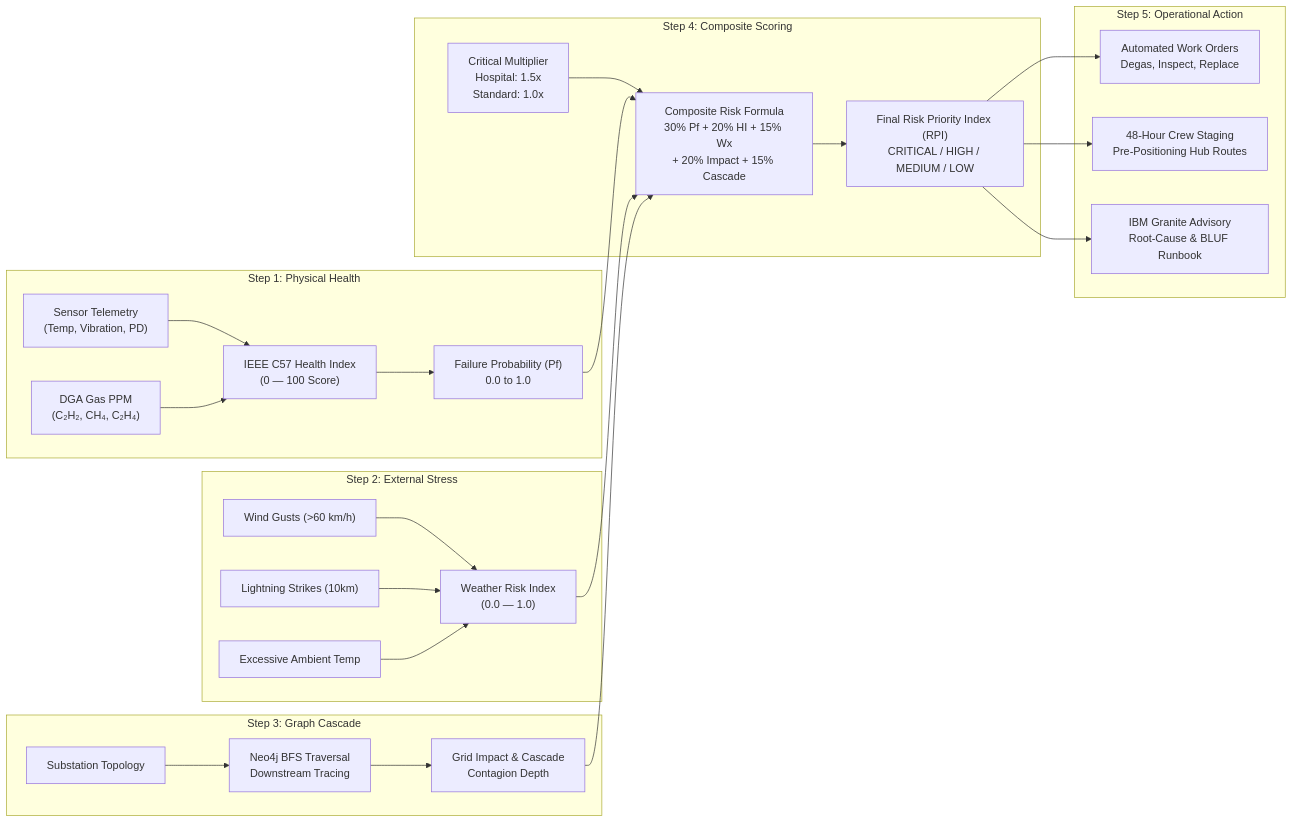
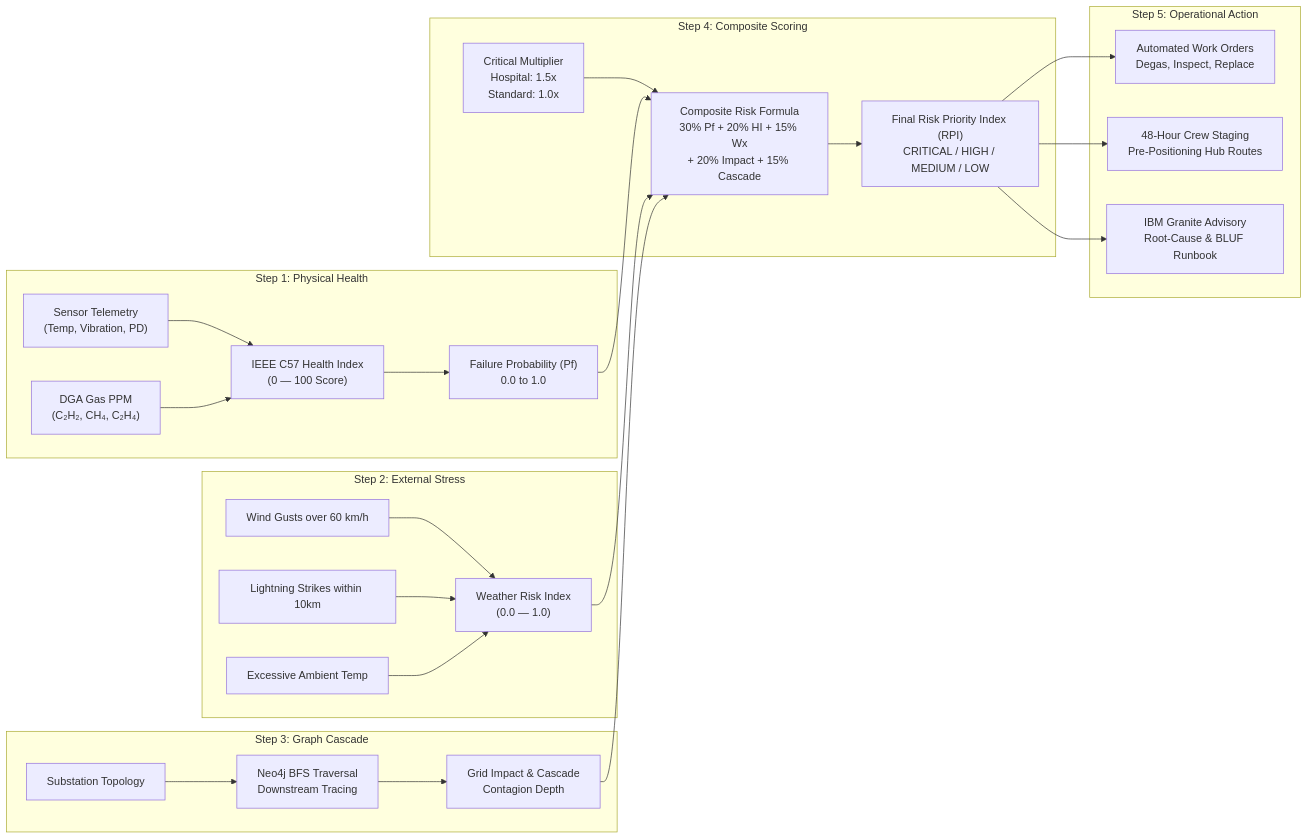
One commit to ThummarDarshan/bob-ai-hackathon-Eat-Code-Sleep changed the second of 3 diagrams in docs/architecture.md. Above: the diagram before and after it, drawn with Mermaid. The commit also changed other lines of this file, not shown here.

Commit message:
docs(architecture): add Enterprise Architecture Specification with validated Mermaid diagrams

````diff
--- a/docs/architecture.md
+++ b/docs/architecture.md
@@ -91,33 +97,33 @@
 ```mermaid
 flowchart LR
     subgraph S1["Step 1: Physical Health"]
         A1["Sensor Telemetry<br/>(Temp, Vibration, PD)"] --> HI["IEEE C57 Health Index<br/>(0 — 100 Score)"]
         A2["DGA Gas PPM<br/>(C₂H₂, CH₄, C₂H₄)"] --> HI
         HI --> PF["Failure Probability (Pf)<br/>0.0 to 1.0"]
     end
 
     subgraph S2["Step 2: External Stress"]
-        B1["Wind Gusts (>60 km/h)"] --> WX["Weather Risk Index<br/>(0.0 — 1.0)"]
-        B2["Lightning Strikes (10km)"] --> WX
+        B1["Wind Gusts over 60 km/h"] --> WX["Weather Risk Index<br/>(0.0 — 1.0)"]
+        B2["Lightning Strikes within 10km"] --> WX
         B3["Excessive Ambient Temp"] --> WX
     end
 
     subgraph S3["Step 3: Graph Cascade"]
         C1["Substation Topology"] --> BFS["Neo4j BFS Traversal<br/>Downstream Tracing"]
         BFS --> GI["Grid Impact & Cascade<br/>Contagion Depth"]
     end
 
     subgraph S4["Step 4: Composite Scoring"]
         PF --> RPI["Composite Risk Formula<br/>30% Pf + 20% HI + 15% Wx<br/>+ 20% Impact + 15% Cascade"]
         WX --> RPI
         GI --> RPI
         MULT["Critical Multiplier<br/>Hospital: 1.5x<br/>Standard: 1.0x"] --> RPI
         RPI --> SCORE["Final Risk Priority Index (RPI)<br/>CRITICAL / HIGH / MEDIUM / LOW"]
     end
 
     subgraph S5["Step 5: Operational Action"]
         SCORE --> WO["Automated Work Orders<br/>Degas, Inspect, Replace"]
         SCORE --> CREW["48-Hour Crew Staging<br/>Pre-Positioning Hub Routes"]
         SCORE --> AI["IBM Granite Advisory<br/>Root-Cause & BLUF Runbook"]
     end
 ```
````
